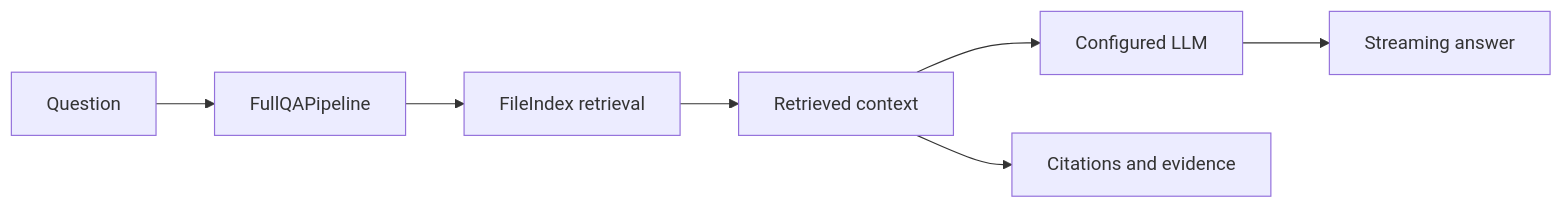
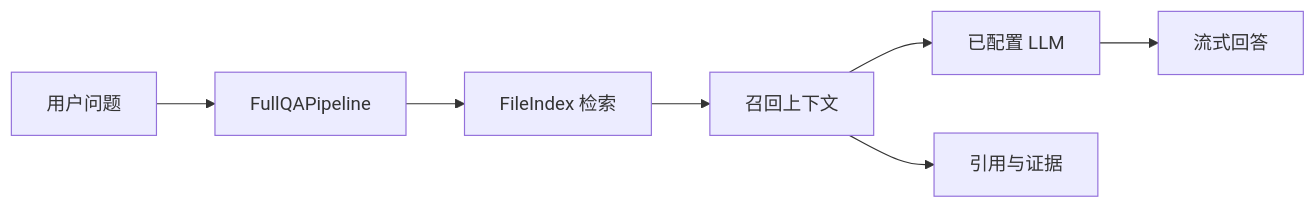
One commit to SwartzMss/knowledge-assistant changed the second of 2 diagrams in docs/architecture/current-architecture.md. Above: the diagram before and after it, drawn with Mermaid. The commit also changed other lines of this file and 10 other files, not shown here.

````diff
--- a/docs/architecture/current-architecture.md
+++ b/docs/architecture/current-architecture.md
@@ -72,9 +63,9 @@
 ```mermaid
 flowchart LR
-    Q["Question"] --> P["FullQAPipeline"]
-    P --> R["FileIndex retrieval"]
-    R --> C["Retrieved context"]
-    C --> L["Configured LLM"]
-    L --> A["Streaming answer"]
-    C --> X["Citations and evidence"]
+    Q["用户问题"] --> P["FullQAPipeline"]
+    P --> R["FileIndex 检索"]
+    R --> C["召回上下文"]
+    C --> L["已配置 LLM"]
+    L --> A["流式回答"]
+    C --> X["引用与证据"]
 ```
````
